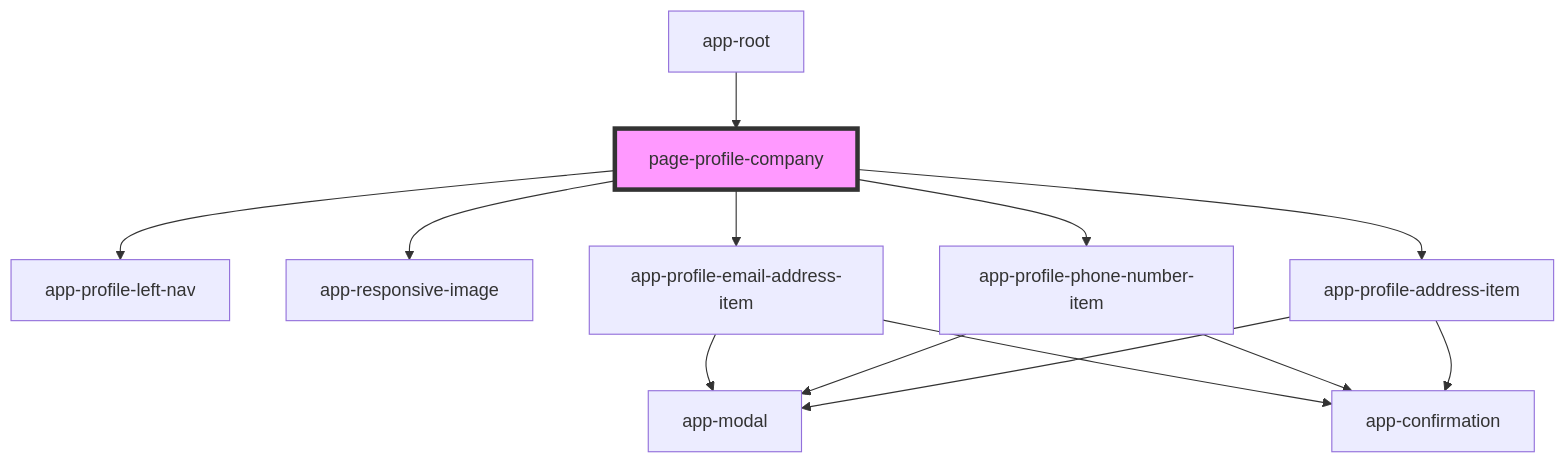
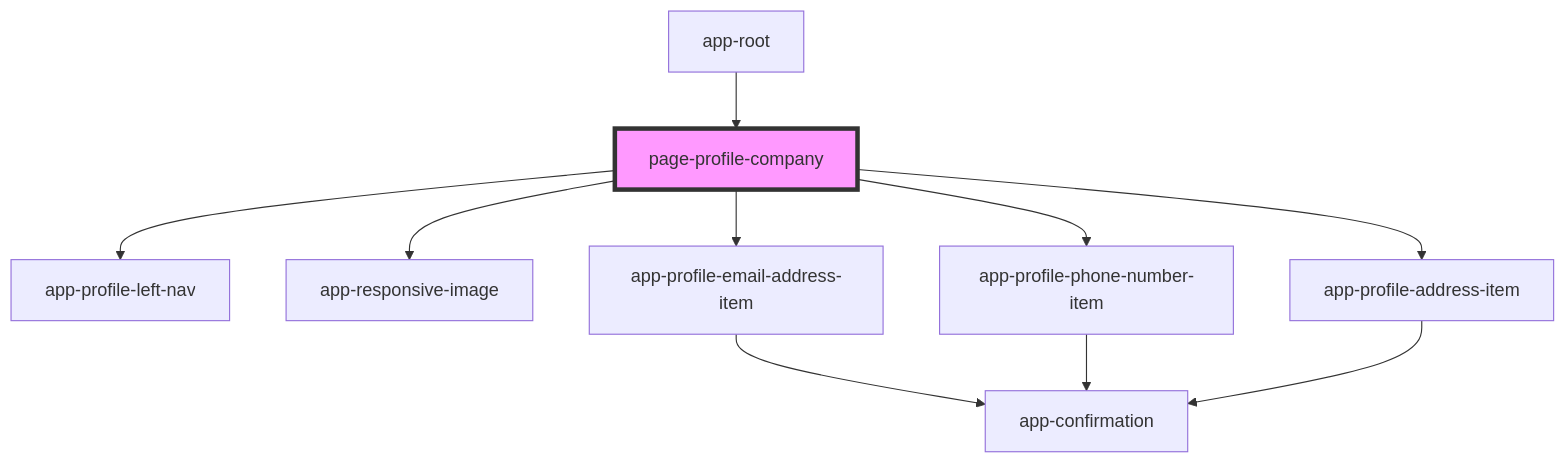
Before and after one commit to lokheed/IconEventNetwork.Web: the diagram in iconeventnetwork-web/src/components/pages/page-profile-company/readme.md, drawn with Mermaid. The commit also changed 23 other files, not shown here.

````diff
--- a/iconeventnetwork-web/src/components/pages/page-profile-company/readme.md
+++ b/iconeventnetwork-web/src/components/pages/page-profile-company/readme.md
@@ -30,16 +30,13 @@
 ```mermaid
 graph TD;
   page-profile-company --> app-profile-left-nav
   page-profile-company --> app-responsive-image
   page-profile-company --> app-profile-email-address-item
   page-profile-company --> app-profile-phone-number-item
   page-profile-company --> app-profile-address-item
-  app-profile-email-address-item --> app-modal
   app-profile-email-address-item --> app-confirmation
-  app-profile-phone-number-item --> app-modal
   app-profile-phone-number-item --> app-confirmation
-  app-profile-address-item --> app-modal
   app-profile-address-item --> app-confirmation
   app-root --> page-profile-company
   style page-profile-company fill:#f9f,stroke:#333,stroke-width:4px
 ```
````
